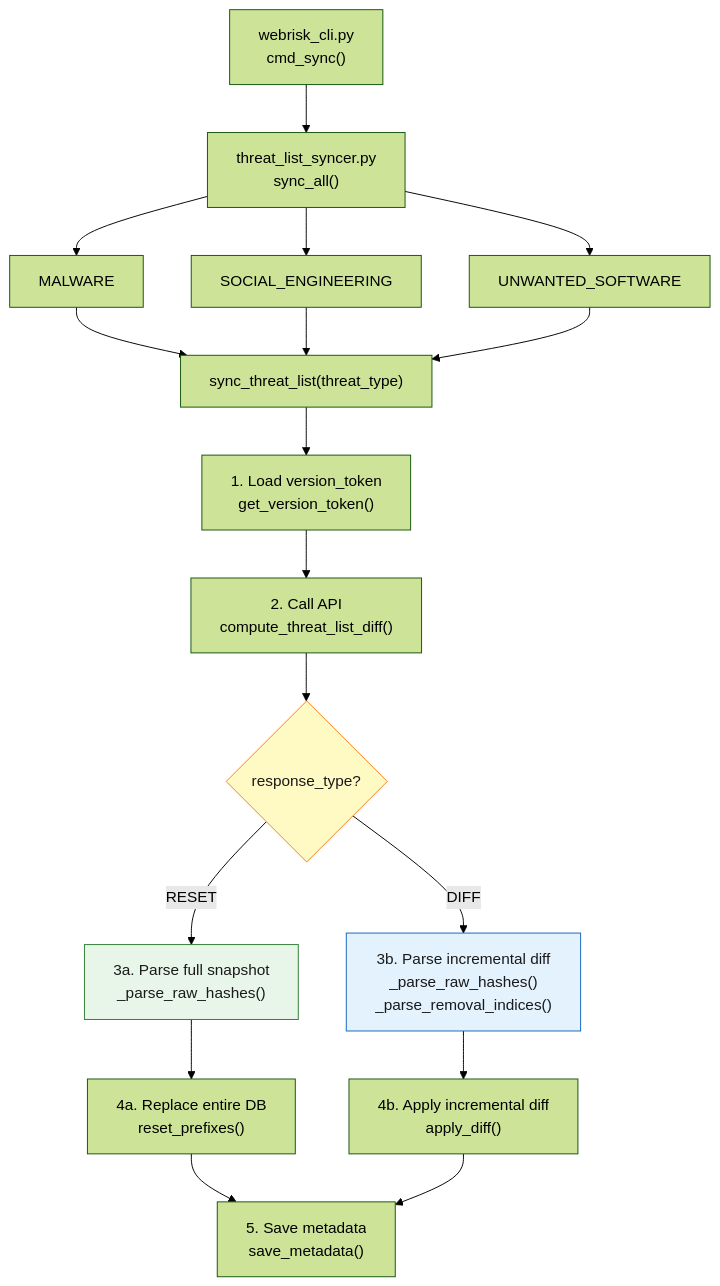
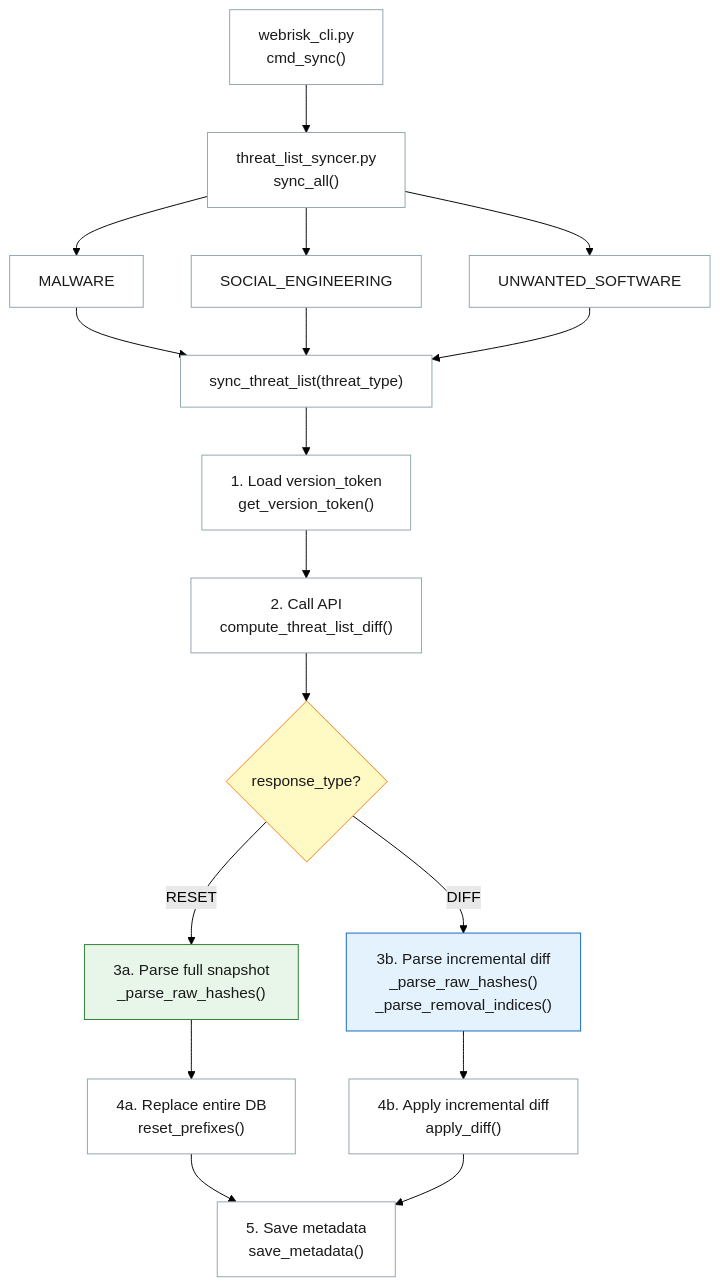
Before and after one commit to kataroya/web-risk-cli: the second of 9 diagrams in WORKFLOW_GUIDE.md, drawn with Mermaid (forest theme). The commit also changed other lines of this file, not shown here.

Commit message:
style: Enhance flowchart styles for improved visual clarity in Workflow Guide

````diff
--- a/WORKFLOW_GUIDE.md
+++ b/WORKFLOW_GUIDE.md
@@ -130,23 +141,34 @@
 ```mermaid
 flowchart TD
     A["webrisk_cli.py<br/>cmd_sync()"] --> B["threat_list_syncer.py<br/>sync_all()"]
     B --> C["MALWARE"]
     B --> D["SOCIAL_ENGINEERING"]
     B --> E["UNWANTED_SOFTWARE"]
     C --> F["sync_threat_list(threat_type)"]
     D --> F
     E --> F
     F --> G["1. Load version_token<br/>get_version_token()"]
     G --> H["2. Call API<br/>compute_threat_list_diff()"]
     H --> I{"response_type?"}
     I -->|RESET| J["3a. Parse full snapshot<br/>_parse_raw_hashes()"]
     I -->|DIFF| K["3b. Parse incremental diff<br/>_parse_raw_hashes()<br/>_parse_removal_indices()"]
     J --> L["4a. Replace entire DB<br/>reset_prefixes()"]
     K --> M["4b. Apply incremental diff<br/>apply_diff()"]
     L --> N["5. Save metadata<br/>save_metadata()"]
     M --> N
 
+    style A fill:#ffffff,stroke:#90a4ae,color:#1a1a1a
+    style B fill:#ffffff,stroke:#90a4ae,color:#1a1a1a
+    style C fill:#ffffff,stroke:#90a4ae,color:#1a1a1a
+    style D fill:#ffffff,stroke:#90a4ae,color:#1a1a1a
+    style E fill:#ffffff,stroke:#90a4ae,color:#1a1a1a
+    style F fill:#ffffff,stroke:#90a4ae,color:#1a1a1a
+    style G fill:#ffffff,stroke:#90a4ae,color:#1a1a1a
+    style H fill:#ffffff,stroke:#90a4ae,color:#1a1a1a
     style I fill:#fff9c4,stroke:#f57f17,color:#1a1a1a
     style J fill:#e8f5e9,stroke:#2e7d32,color:#1a1a1a
     style K fill:#e3f2fd,stroke:#1565c0,color:#1a1a1a
+    style L fill:#ffffff,stroke:#90a4ae,color:#1a1a1a
+    style M fill:#ffffff,stroke:#90a4ae,color:#1a1a1a
+    style N fill:#ffffff,stroke:#90a4ae,color:#1a1a1a
 ```
````
